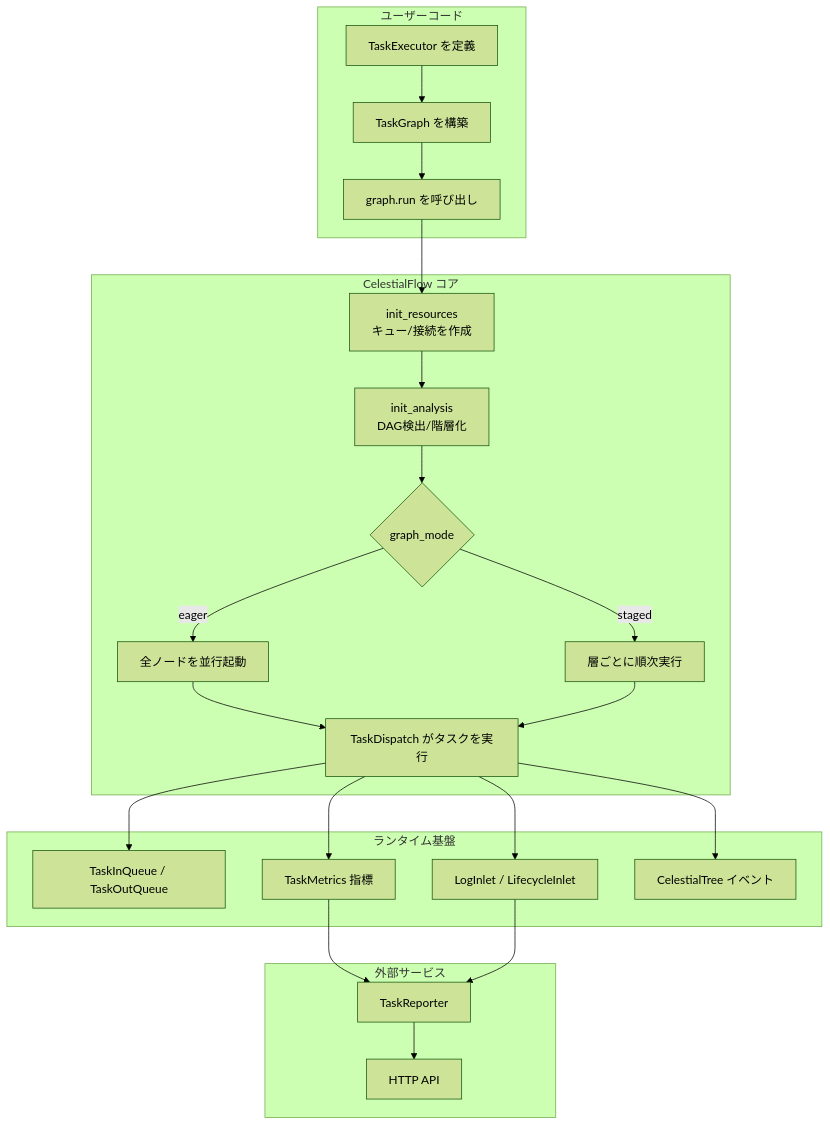
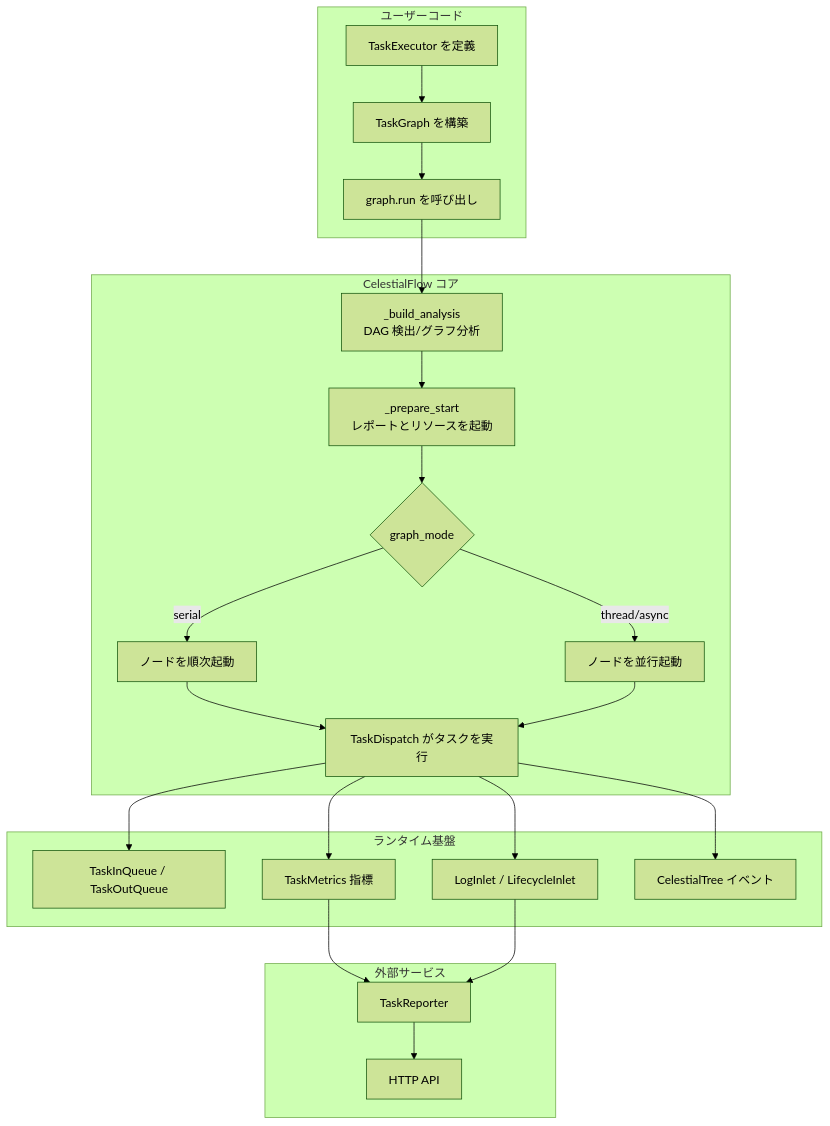
Before and after one commit to Mr-xiaotian/CelestialFlow: the first of 9 diagrams in docs/ja/presentation.md, drawn with Mermaid (forest theme). The commit also changed other lines of this file and 211 other files, not shown here.

````diff
--- a/docs/ja/presentation.md
+++ b/docs/ja/presentation.md
@@ -76,33 +76,33 @@
 ```mermaid
 graph TB
     subgraph ユーザーコード
         A[TaskExecutor を定義] --> B[TaskGraph を構築]
         B --> C[graph.run を呼び出し]
     end
 
     subgraph CelestialFlow コア
-        C --> D[init_resources<br/>キュー/接続を作成]
-        D --> E[init_analysis<br/>DAG検出/階層化]
+        C --> D[_build_analysis<br/>DAG 検出/グラフ分析]
+        D --> E[_prepare_start<br/>レポートとリソースを起動]
         E --> F{graph_mode}
-        F -->|eager| G[全ノードを並行起動]
-        F -->|staged| H[層ごとに順次実行]
+        F -->|serial| G[ノードを順次起動]
+        F -->|thread/async| H[ノードを並行起動]
         G --> I[TaskDispatch がタスクを実行]
         H --> I
     end
 
     subgraph ランタイム基盤
         I --> J[TaskInQueue / TaskOutQueue]
         I --> K[TaskMetrics 指標]
         I --> L[LogInlet / LifecycleInlet]
         I --> M[CelestialTree イベント]
     end
 
     subgraph 外部サービス
         N[TaskReporter]
         O[HTTP API]
     end
 
     K --> N
     L --> N
     N --> O
 ```
````
